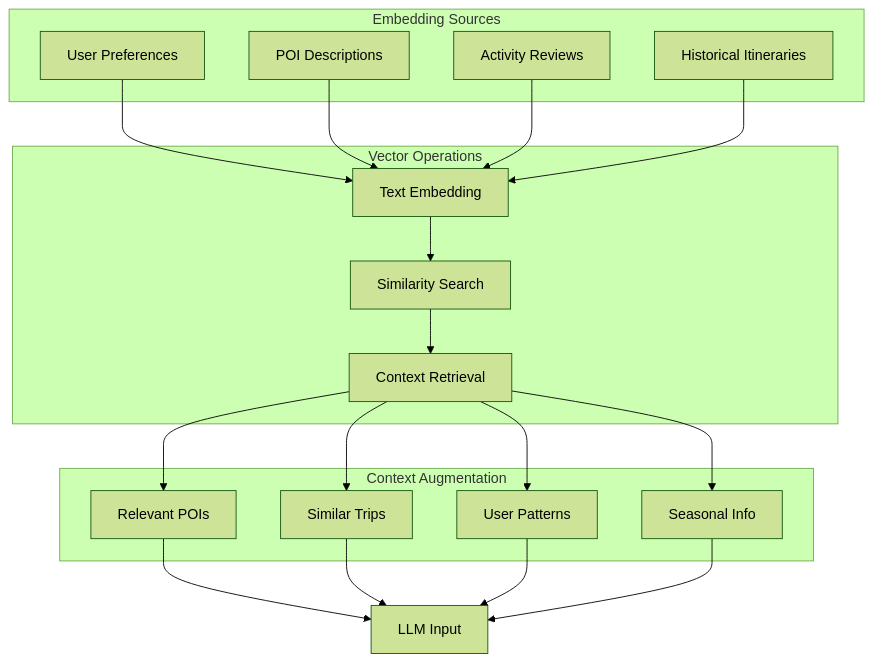
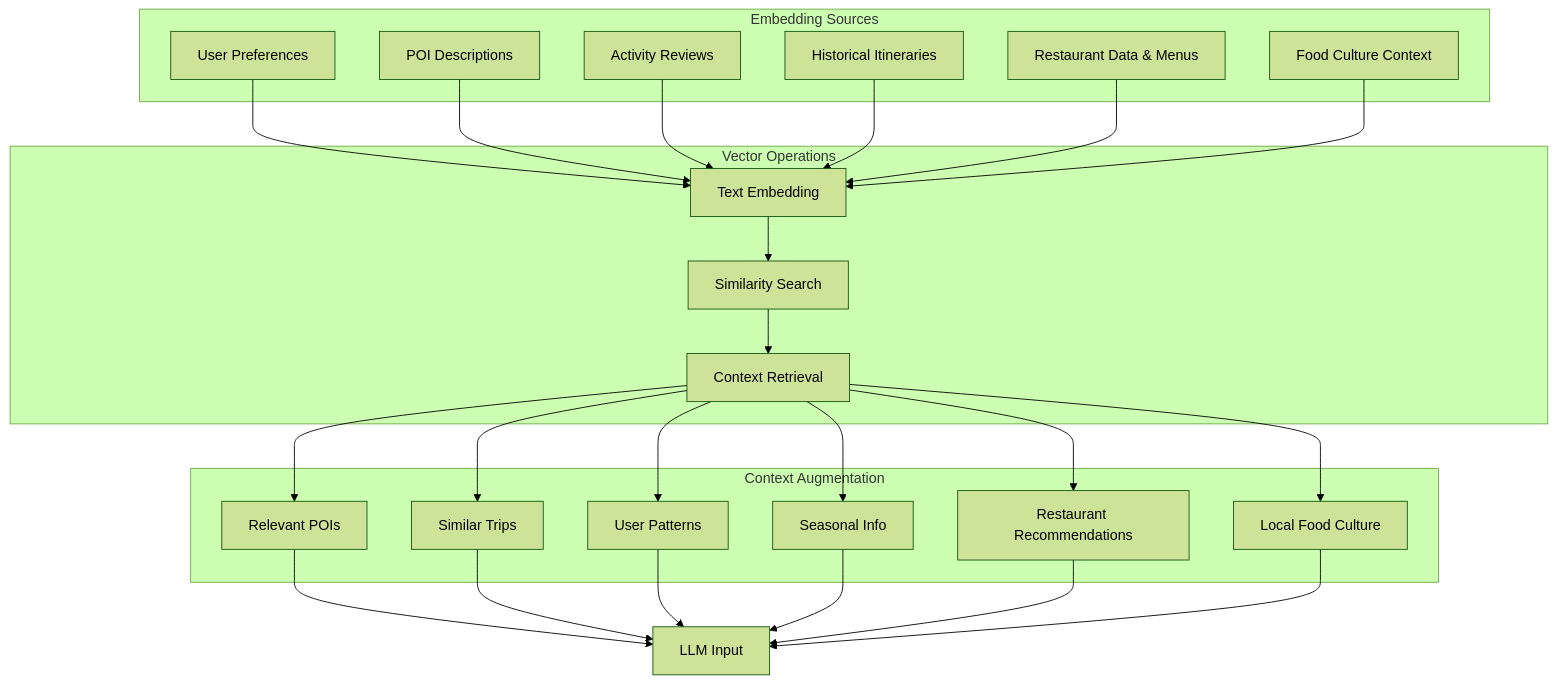
Before and after one commit to vietlinhh02/diagramtravels: the sixth of 9 diagrams in 03_ai_orchestration.md, drawn with Mermaid (forest theme). The commit also changed other lines of this file and 5 other files, not shown here.

````diff
--- a/03_ai_orchestration.md
+++ b/03_ai_orchestration.md
@@ -227,39 +299,49 @@
 ```mermaid
 graph TB
     subgraph "Embedding Sources"
         A[User Preferences]
         B[POI Descriptions]
         C[Activity Reviews]
         D[Historical Itineraries]
+        E[Restaurant Data & Menus]
+        F[Food Culture Context]
     end
 
     subgraph "Vector Operations"
-        E[Text Embedding]
-        F[Similarity Search]
-        G[Context Retrieval]
+        G[Text Embedding]
+        H[Similarity Search]
+        I[Context Retrieval]
     end
 
     subgraph "Context Augmentation"
-        H[Relevant POIs]
-        I[Similar Trips]
-        J[User Patterns]
-        K[Seasonal Info]
+        J[Relevant POIs]
+        K[Similar Trips]
+        L[User Patterns]
+        M[Seasonal Info]
+        N[Restaurant Recommendations]
+        O[Local Food Culture]
     end
 
-    A --> E
-    B --> E
-    C --> E
-    D --> E
+    A --> G
+    B --> G
+    C --> G
+    D --> G
+    E --> G
+    F --> G
 
-    E --> F --> G
+    G --> H --> I
 
-    G --> H
-    G --> I
-    G --> J
-    G --> K
+    I --> J
+    I --> K
+    I --> L
+    I --> M
+    I --> N
+    I --> O
 
-    H --> LLM[LLM Input]
-    I --> LLM
-    J --> LLM
+    J --> LLM[LLM Input]
     K --> LLM
+    L --> LLM
+    M --> LLM
+    N --> LLM
+    O --> LLM
 ```
````
